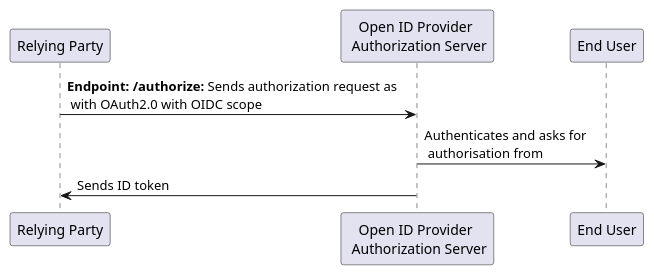
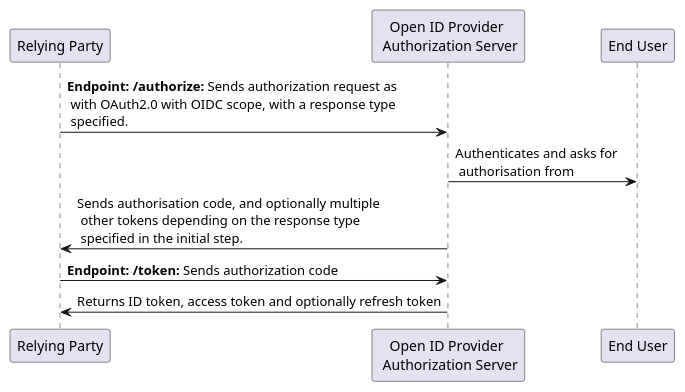
The diagram in OAuth2/OIDC/OAuth-OIDC-Hybrid.puml (JamesCollerton/PlantUML-Diagrams), drawn with PlantUML before and after one commit. The commit also changed 2 other files, not shown here.

Commit message:
More OIDC diagrams

```diff
--- a/OAuth2/OIDC/OAuth-OIDC-Hybrid.puml
+++ b/OAuth2/OIDC/OAuth-OIDC-Hybrid.puml
@@ -1,11 +1,13 @@
 @startuml
 
 participant "Relying Party" as relying_party
 participant "Open ID Provider \n Authorization Server" as open_id_provider
 participant "End User" as end_user
 
-relying_party -> open_id_provider: **Endpoint: /authorize:** Sends authorization request as \n with OAuth2.0 with OIDC scope
+relying_party -> open_id_provider: **Endpoint: /authorize:** Sends authorization request as \n with OAuth2.0 with OIDC scope, with a response type \n specified.
 open_id_provider -> end_user: Authenticates and asks for \n authorisation from
-open_id_provider -> relying_party: Sends ID token
+open_id_provider -> relying_party: Sends authorisation code, and optionally multiple \n other tokens depending on the response type \n specified in the initial step.
+relying_party -> open_id_provider: **Endpoint: /token:** Sends authorization code
+open_id_provider -> relying_party: Returns ID token, access token and optionally refresh token
 
 @enduml
```
